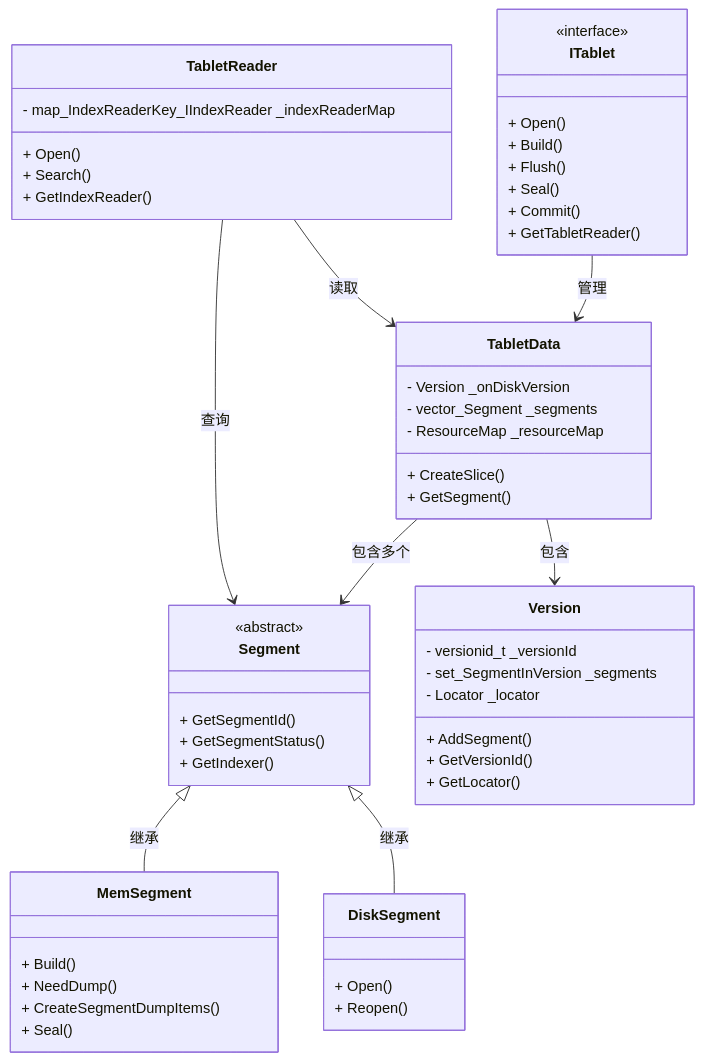
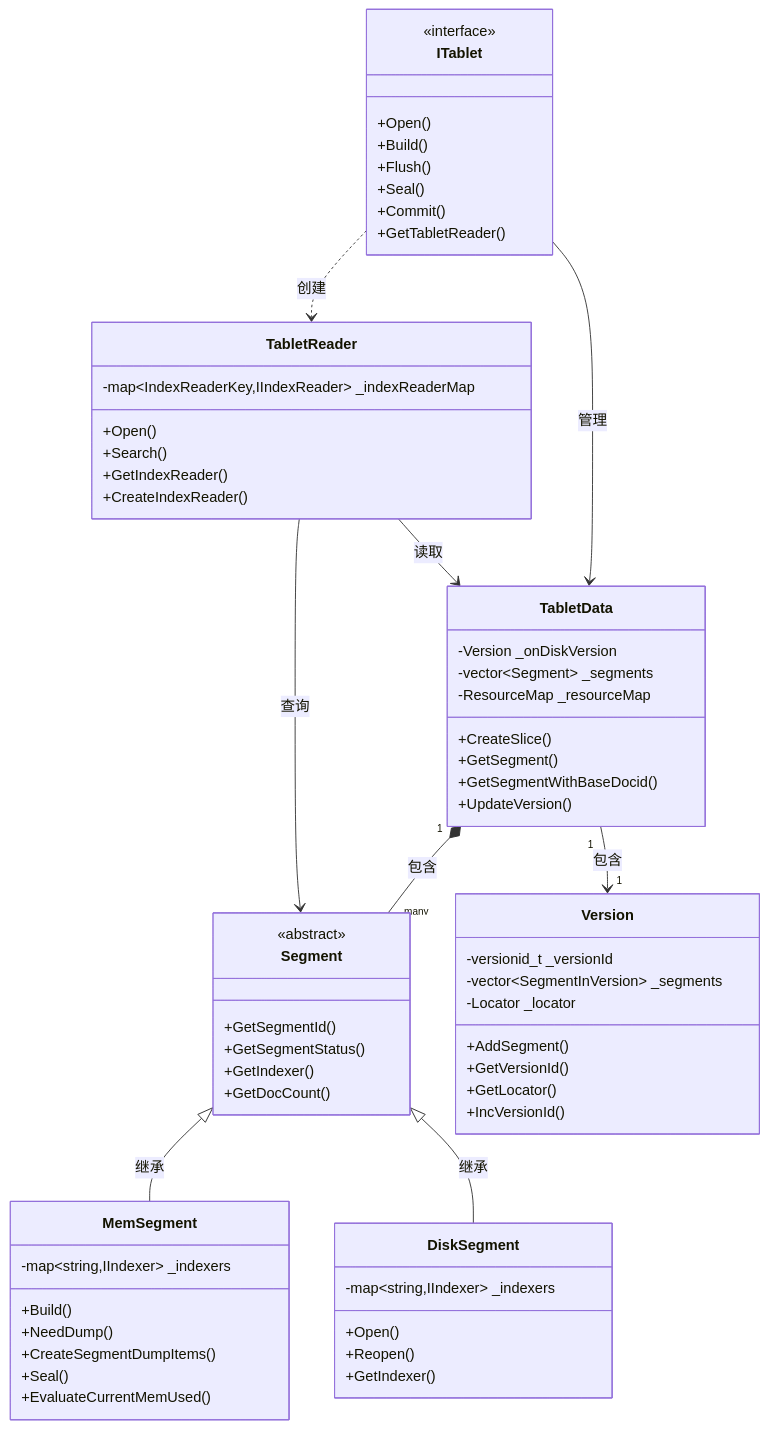
Before and after one commit to zhouzhilong-commits/zhouzhilong-commits.github.io: the third of 22 diagrams in _posts/2025-05-08-indexlib-1-architecture-overview.md, drawn with Mermaid. The commit also changed other lines of this file and 6 other files, not shown here.

````diff
--- a/_posts/2025-05-08-indexlib-1-architecture-overview.md
+++ b/_posts/2025-05-08-indexlib-1-architecture-overview.md
@@ -103,63 +135,73 @@
 ```mermaid
 classDiagram
     class ITablet {
         <<interface>>
-        + Open()
-        + Build()
-        + Flush()
-        + Seal()
-        + Commit()
-        + GetTabletReader()
+        +Open()
+        +Build()
+        +Flush()
+        +Seal()
+        +Commit()
+        +GetTabletReader()
     }
     
     class TabletData {
-        - Version _onDiskVersion
-        - vector_Segment _segments
-        - ResourceMap _resourceMap
-        + CreateSlice()
-        + GetSegment()
+        -Version _onDiskVersion
+        -vector~Segment~ _segments
+        -ResourceMap _resourceMap
+        +CreateSlice()
+        +GetSegment()
+        +GetSegmentWithBaseDocid()
+        +UpdateVersion()
     }
     
     class Segment {
         <<abstract>>
-        + GetSegmentId()
-        + GetSegmentStatus()
-        + GetIndexer()
+        +GetSegmentId()
+        +GetSegmentStatus()
+        +GetIndexer()
+        +GetDocCount()
     }
     
     class MemSegment {
-        + Build()
-        + NeedDump()
-        + CreateSegmentDumpItems()
-        + Seal()
+        -map~string,IIndexer~ _indexers
+        +Build()
+        +NeedDump()
+        +CreateSegmentDumpItems()
+        +Seal()
+        +EvaluateCurrentMemUsed()
     }
     
     class DiskSegment {
-        + Open()
-        + Reopen()
+        -map~string,IIndexer~ _indexers
+        +Open()
+        +Reopen()
+        +GetIndexer()
     }
     
     class Version {
-        - versionid_t _versionId
-        - set_SegmentInVersion _segments
-        - Locator _locator
-        + AddSegment()
-        + GetVersionId()
-        + GetLocator()
+        -versionid_t _versionId
+        -vector~SegmentInVersion~ _segments
+        -Locator _locator
+        +AddSegment()
+        +GetVersionId()
+        +GetLocator()
+        +IncVersionId()
     }
     
     class TabletReader {
-        - map_IndexReaderKey_IIndexReader _indexReaderMap
-        + Open()
-        + Search()
-        + GetIndexReader()
+        -map~IndexReaderKey,IIndexReader~ _indexReaderMap
+        +Open()
+        +Search()
+        +GetIndexReader()
+        +CreateIndexReader()
     }
     
     ITablet --> TabletData : 管理
-    TabletData --> Segment : 包含多个
+    TabletData "1" *-- "many" Segment : 包含
     Segment <|-- MemSegment : 继承
     Segment <|-- DiskSegment : 继承
-    TabletData --> Version : 包含
+    TabletData "1" --> "1" Version : 包含
     TabletReader --> TabletData : 读取
     TabletReader --> Segment : 查询
+    ITablet ..> TabletReader : 创建
 ```
````
